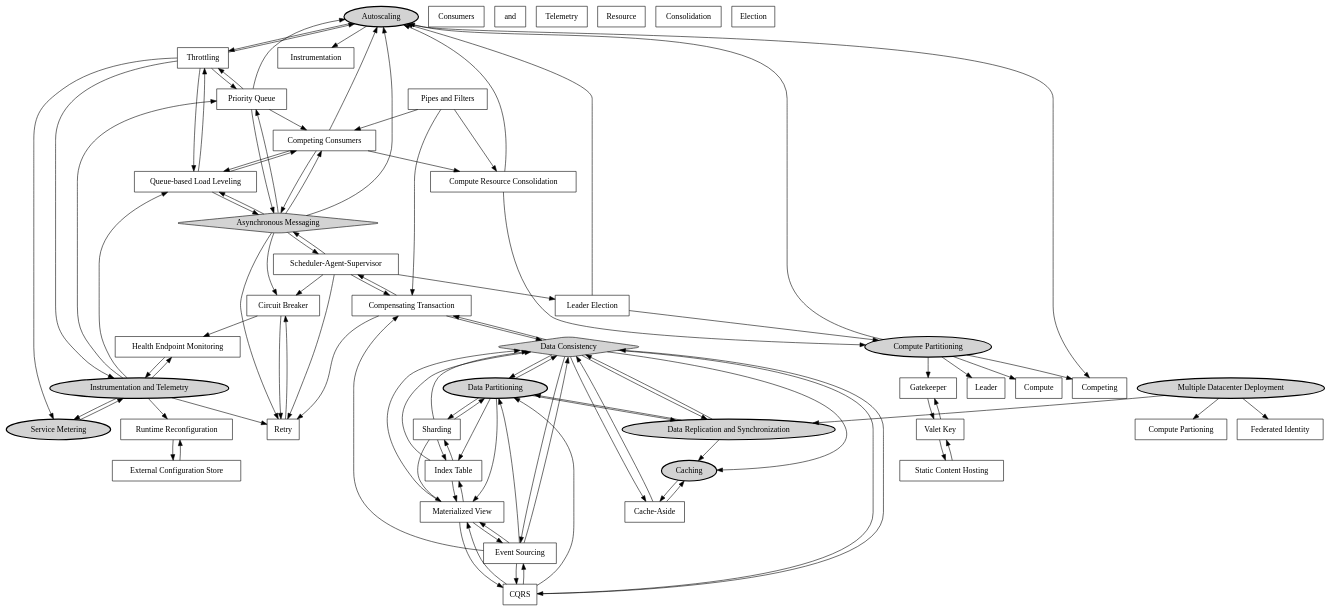
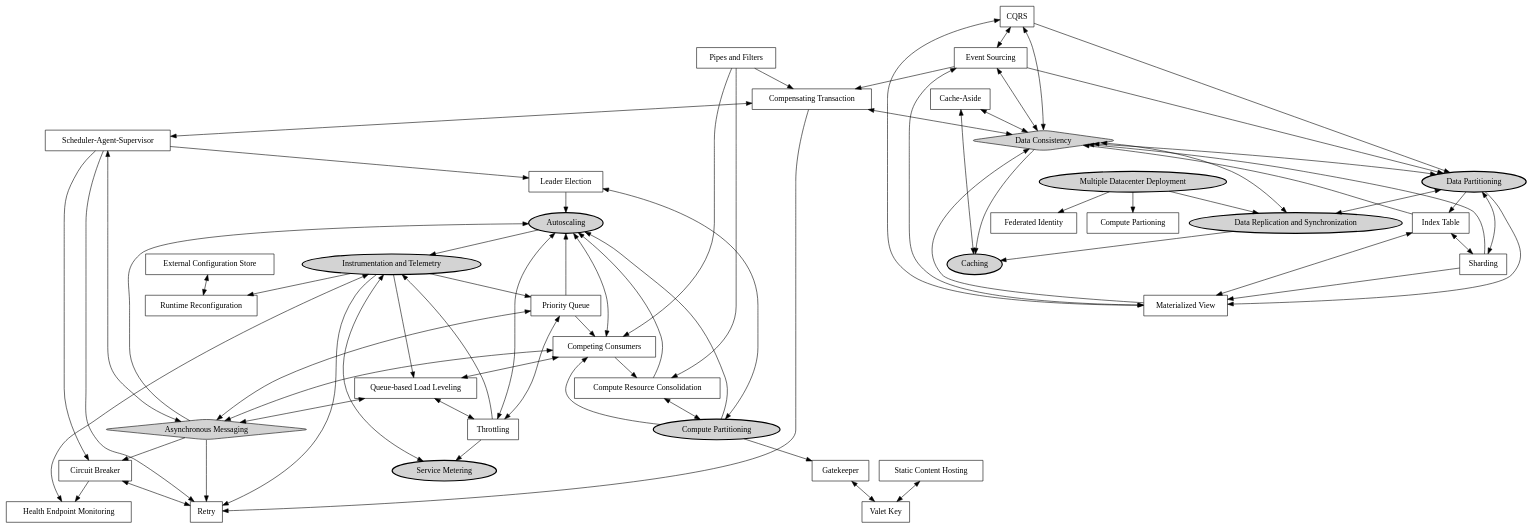
One commit to isaachan/cloud-design-patterns changed the diagram in patterns.dot. Above: the diagram before and after it, drawn with Graphviz.

Commit message:
remove duplicated directions

```diff
--- a/patterns.dot
+++ b/patterns.dot
@@ -1,156 +1,120 @@
 digraph G { 
 
   node[style="filled,bold"]
   "Autoscaling"
   "Caching"
   "Compute Partitioning"
   "Data Partitioning"
   "Data Replication and Synchronization"
   "Instrumentation and Telemetry"
   "Multiple Datacenter Deployment"
   "Service Metering"
 
   node[style="filled,rounded", shape="diamond"]
   "Asynchronous Messaging"
   "Data Consistency"
 
   node[style="solid", shape="box"]
   "Federated Identity"
-  
-  "Cache-Aside" -> "Caching"
-  "Cache-Aside" -> "Data Consistency"
 
-  "Circuit Breaker" -> "Retry"
+
+  "Cache-Aside" -> "Caching" [dir=both]
+  "Cache-Aside" -> "Data Consistency" [dir=both]
+
+  "Circuit Breaker" -> "Retry" [dir=both]
   "Circuit Breaker" -> "Health Endpoint Monitoring"
 
-  "Compensating Transaction" -> "Data Consistency"
-  "Compensating Transaction" -> "Scheduler-Agent-Supervisor"
+  "Compensating Transaction" -> "Data Consistency" [dir=both]
+  "Compensating Transaction" -> "Scheduler-Agent-Supervisor" [dir=both]
   "Compensating Transaction" -> "Retry"
   
-  "Competing Consumers" -> "Asynchronous Messaging"
-  "Competing Consumers" -> "Autoscaling"
+  "Competing Consumers" -> "Asynchronous Messaging" [dir=both]
+  "Competing Consumers" -> "Autoscaling" [dir=both]
   "Competing Consumers" -> "Compute Resource Consolidation"
-  "Competing Consumers" -> "Queue-based Load Leveling"
+  "Competing Consumers" -> "Queue-based Load Leveling" [dir=both]
 
   "Compute Resource Consolidation" -> "Autoscaling"
-  "Compute Resource Consolidation" -> "Compute Partitioning"
+  "Compute Resource Consolidation" -> "Compute Partitioning" [dir=both]
 
-  CQRS -> "Data Consistency"
+  CQRS -> "Data Consistency" [dir=both]
   CQRS -> "Data Partitioning"
-  CQRS -> "Event Sourcing"
-  CQRS -> "Materialized View"
+  CQRS -> "Event Sourcing" [dir=both]
+  CQRS -> "Materialized View" [dir=both]
 
-  "Event Sourcing" -> CQRS
-  "Event Sourcing" -> "Materialized View"
+  "Event Sourcing" -> "Materialized View" [dir=both]
   "Event Sourcing" -> "Compensating Transaction"
-  "Event Sourcing" -> "Data Consistency"
+  "Event Sourcing" -> "Data Consistency" [dir=both]
   "Event Sourcing" -> "Data Partitioning"
 
-  "External Configuration Store" -> "Runtime Reconfiguration"
+  "External Configuration Store" -> "Runtime Reconfiguration" [dir=both]
 
-  "Gatekeeper" -> "Valet Key"
+  "Gatekeeper" -> "Valet Key" [dir=both]
   
-  "Health Endpoint Monitoring" -> "Instrumentation and Telemetry"
+  "Health Endpoint Monitoring" -> "Instrumentation and Telemetry" [dir=both]
   
   "Index Table" -> "Data Consistency"
-  "Index Table" -> "Sharding"
-  "Index Table" -> "Materialized View"
+  "Index Table" -> "Sharding" [dir=both]
+  "Index Table" -> "Materialized View" [dir=both]
 
   "Leader Election" -> "Autoscaling"
-  "Leader Election" -> "Compute Partitioning"
+  "Leader Election" -> "Compute Partitioning" [dir=both]
 
   "Materialized View" -> "Data Consistency"
-  "Materialized View" -> CQRS
-  "Materialized View" -> "Event Sourcing"
-  "Materialized View" -> "Index Table"
 
   "Pipes and Filters" -> "Competing Consumers"
   "Pipes and Filters" -> "Compute Resource Consolidation"
   "Pipes and Filters" -> "Compensating Transaction"
 
-  "Priority Queue" -> "Asynchronous Messaging"
+  "Priority Queue" -> "Asynchronous Messaging" [dir=both]
   "Priority Queue" -> "Competing Consumers"
-  "Priority Queue" -> Throttling
+  "Priority Queue" -> Throttling [dir=both]
   "Priority Queue" -> Autoscaling
 
-  "Queue-based Load Leveling" -> "Asynchronous Messaging"
-  "Queue-based Load Leveling" -> "Competing Consumers"
-  "Queue-based Load Leveling" -> Throttling
-
-  Retry -> "Circuit Breaker"
-
-  "Runtime Reconfiguration" -> "External Configuration Store"
+  "Queue-based Load Leveling" -> "Asynchronous Messaging" [dir=both]
+  "Queue-based Load Leveling" -> Throttling [dir=both]
 
   "Scheduler-Agent-Supervisor" -> Retry
   "Scheduler-Agent-Supervisor" -> "Circuit Breaker"
-  "Scheduler-Agent-Supervisor" -> "Compensating Transaction"
-  "Scheduler-Agent-Supervisor" -> "Asynchronous Messaging"
+  "Scheduler-Agent-Supervisor" -> "Asynchronous Messaging" [dir=both]
   "Scheduler-Agent-Supervisor" -> "Leader Election"
 
   Sharding -> "Data Consistency"
-  Sharding -> "Data Partitioning"
-  Sharding -> "Index Table"
+  Sharding -> "Data Partitioning" [dir=both]
   Sharding -> "Materialized View"
 
-  "Static Content Hosting" -> "Valet Key"
+  "Static Content Hosting" -> "Valet Key" [dir=both]
 
   Throttling -> "Instrumentation and Telemetry"
   Throttling -> "Service Metering"
-  Throttling -> "Autoscaling"
-  Throttling -> "Queue-based Load Leveling"
-  Throttling -> "Priority Queue"
-
-  "Valet Key" -> "Gatekeeper"
-  "Valet Key" -> "Static Content Hosting"
+  Throttling -> "Autoscaling" [dir=both]
 
   "Asynchronous Messaging" -> "Autoscaling"
   "Asynchronous Messaging" -> "Circuit Breaker"
-  "Asynchronous Messaging" -> "Competing Consumers"
-  "Asynchronous Messaging" -> "Priority Queue"
-  "Asynchronous Messaging" -> "Queue-based Load Leveling"
   "Asynchronous Messaging" -> Retry
-  "Asynchronous Messaging" -> "Scheduler-Agent-Supervisor"
 
-  Autoscaling -> Throttling
-  Autoscaling -> Competing Consumers
-  Autoscaling -> Instrumentation and Telemetry
+  Autoscaling -> "Instrumentation and Telemetry"
 
-  Caching -> "Cache-Aside"
+  "Compute Partitioning" -> "Autoscaling"
+  "Compute Partitioning" -> "Competing Consumers"
+  "Compute Partitioning" -> "Gatekeeper"
 
-  "Compute Partitioning" -> Autoscaling
-  "Compute Partitioning" -> Competing Consumers
-  "Compute Partitioning" -> Compute Resource Consolidation
-  "Compute Partitioning" -> Gatekeeper
-  "Compute Partitioning" -> Leader Election
+  "Data Consistency" -> "Data Partitioning" [dir=both]
+  "Data Consistency" -> "Data Replication and Synchronization" [dir=both]
+  "Data Consistency" -> Caching
 
-  "Data Consistency" -> "Compensating Transaction"
-  "Data Consistency" -> CQRS
-  "Data Consistency" -> "Event Sourcing"
-  "Data Consistency" -> "Data Partitioning"
-  "Data Consistency" -> "Data Replication and Synchronization"
-  "Data Consistency" -> Caching
-  "Data Consistency" -> "Cache-Aside"
-
-  "Data Partitioning" -> Sharding
-  "Data Partitioning" -> "Data Consistency"
-  "Data Partitioning" -> "Data Replication and Synchronization"
+  "Data Partitioning" -> "Data Replication and Synchronization" [dir=both]
   "Data Partitioning" -> "Index Table"
   "Data Partitioning" -> "Materialized View"
 
   "Data Replication and Synchronization" -> Caching
-  "Data Replication and Synchronization" -> "Data Consistency"
-  "Data Replication and Synchronization" -> "Data Partitioning"
 
-  "Instrumentation and Telemetry" -> "Health Endpoint Monitoring"
-  "Instrumentation and Telemetry" -> "Service Metering"
+  "Instrumentation and Telemetry" -> "Service Metering" [dir=both]
   "Instrumentation and Telemetry" -> "Queue-based Load Leveling"
   "Instrumentation and Telemetry" -> "Priority Queue"
   "Instrumentation and Telemetry" -> Retry
   "Instrumentation and Telemetry" -> "Runtime Reconfiguration"
 
   "Multiple Datacenter Deployment" -> "Compute Partioning"
   "Multiple Datacenter Deployment" -> "Data Replication and Synchronization"
   "Multiple Datacenter Deployment" -> "Federated Identity"
-
-  "Service Metering" -> "Instrumentation and Telemetry"
 }
```
